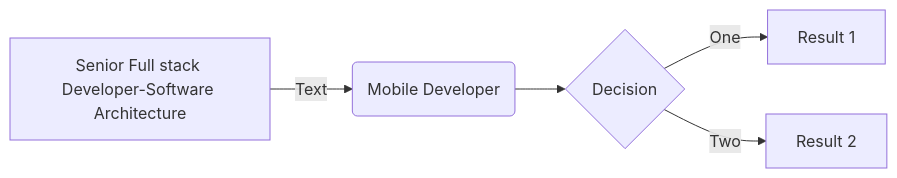
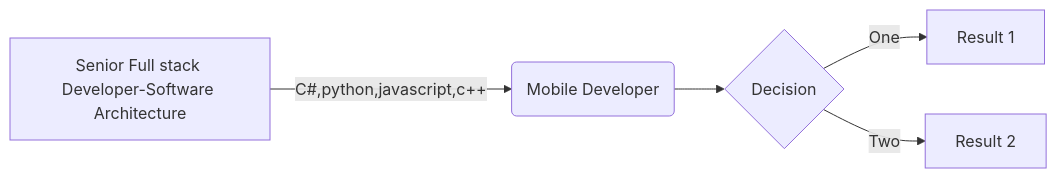
One commit to saskw2010/saskw2010 changed the second of 4 diagrams in README.md. Above: the diagram before and after it, drawn with Mermaid.

````diff
--- a/README.md
+++ b/README.md
@@ -18,8 +18,8 @@
 ```mermaid
 flowchart LR
 
-A[Senior Full stack Developer-Software Architecture] -->|Text| B(Mobile Developer)
+A[Senior Full stack Developer-Software Architecture] -->|C#,python,javascript,c++| B(Mobile Developer)
 B --> C{Decision}
 C -->|One| D[Result 1]
 C -->|Two| E[Result 2]
 ```
````
